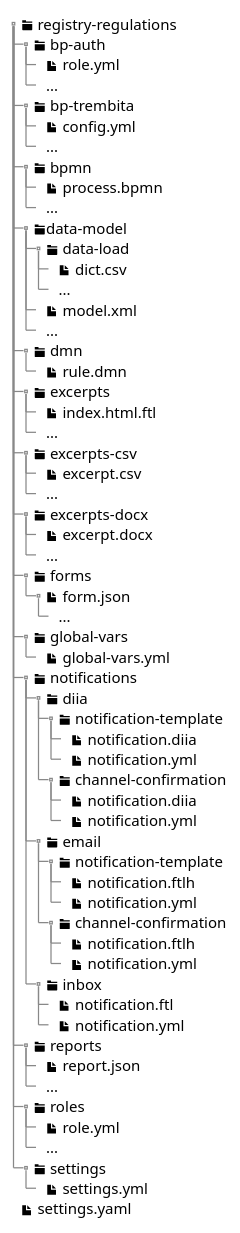
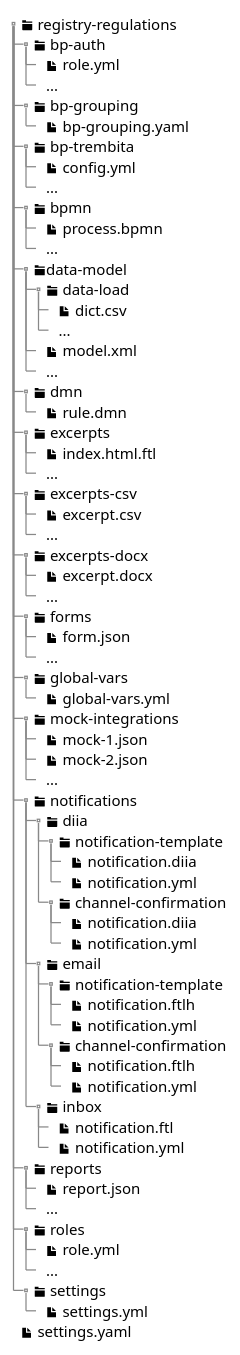
One commit to epam/edp-ddm-architecture changed the diagram in docs/ua/modules/registry-develop/pages/registry-admin/regulations-deploy/registry-regulations-structure.adoc. Above: the diagram before and after it, drawn with PlantUML. The commit also changed other lines of this file, not shown here.

```diff
--- a/docs/ua/modules/registry-develop/pages/registry-admin/regulations-deploy/registry-regulations-structure.adoc
+++ b/docs/ua/modules/registry-develop/pages/registry-admin/regulations-deploy/registry-regulations-structure.adoc
@@ -45,6 +46,9 @@
 ++ <&folder> bp-auth
 +++ <&file> role.yml
 +++ ...
+
+++ <&folder> bp-grouping
++++ <&file> bp-grouping.yaml
 
 ++ <&folder> bp-trembita
 +++ <&file> config.yml
@@ -77,10 +81,15 @@
 
 ++ <&folder> forms
 +++ <&file> form.json
-++++ ...
++++ ...
 
 ++ <&folder> global-vars
 +++ <&file> global-vars.yml
+
+++ <&folder> mock-integrations
++++ <&file> mock-1.json
++++ <&file> mock-2.json
++++ ...
 
 ++ <&folder> notifications
 +++ <&folder> diia
```
